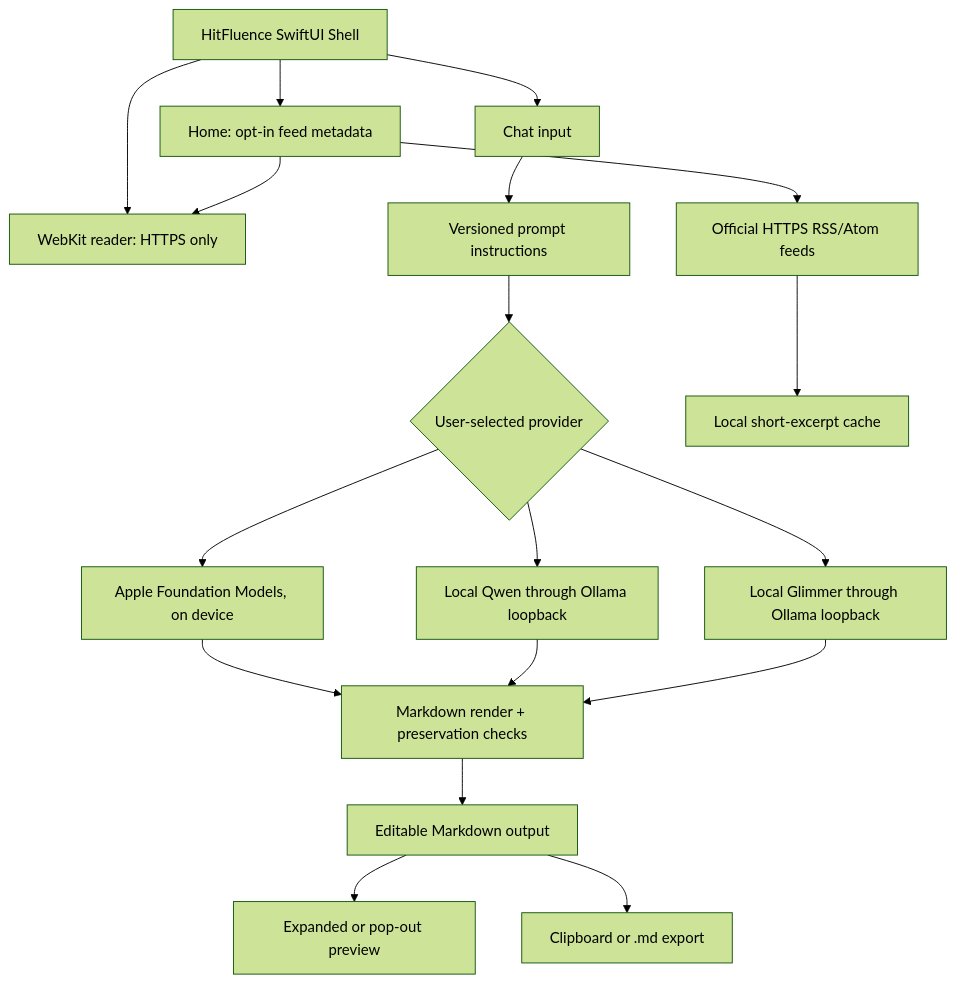
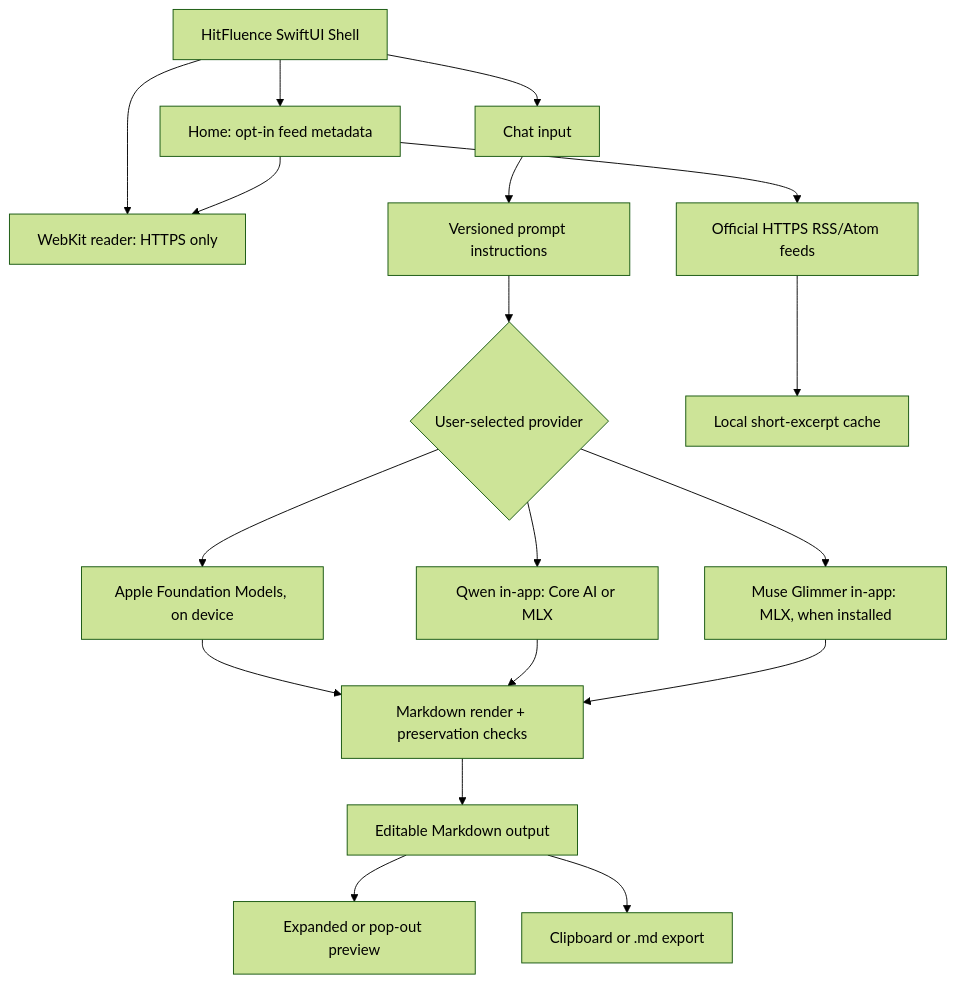
Before and after one commit to dulayne-sys/HItFluence-PromptOptimizer: the diagram in README.md, drawn with Mermaid (forest theme). The commit also changed other lines of this file and 24 other files, not shown here.

````diff
--- a/README.md
+++ b/README.md
@@ -48,20 +48,20 @@
 ```mermaid
 flowchart TD
     UI[HitFluence SwiftUI Shell] --> HOME[Home: opt-in feed metadata]
     UI --> CHAT[Chat input]
     UI --> BROWSER[WebKit reader: HTTPS only]
     CHAT --> RULES[Versioned prompt instructions]
     RULES --> ROUTE{User-selected provider}
     ROUTE --> AFM[Apple Foundation Models, on device]
-    ROUTE --> QWEN[Local Qwen through Ollama loopback]
-    ROUTE --> GLIMMER[Local Glimmer through Ollama loopback]
+    ROUTE --> QWEN[Qwen in-app: Core AI or MLX]
+    ROUTE --> GLIMMER[Muse Glimmer in-app: MLX, when installed]
     AFM --> CHECK[Markdown render + preservation checks]
     QWEN --> CHECK
     GLIMMER --> CHECK
     CHECK --> OUTPUT[Editable Markdown output]
     OUTPUT --> PREVIEW[Expanded or pop-out preview]
     OUTPUT --> EXPORT[Clipboard or .md export]
     HOME --> FEEDS[Official HTTPS RSS/Atom feeds]
     FEEDS --> CACHE[Local short-excerpt cache]
     HOME --> BROWSER
 ```
````
